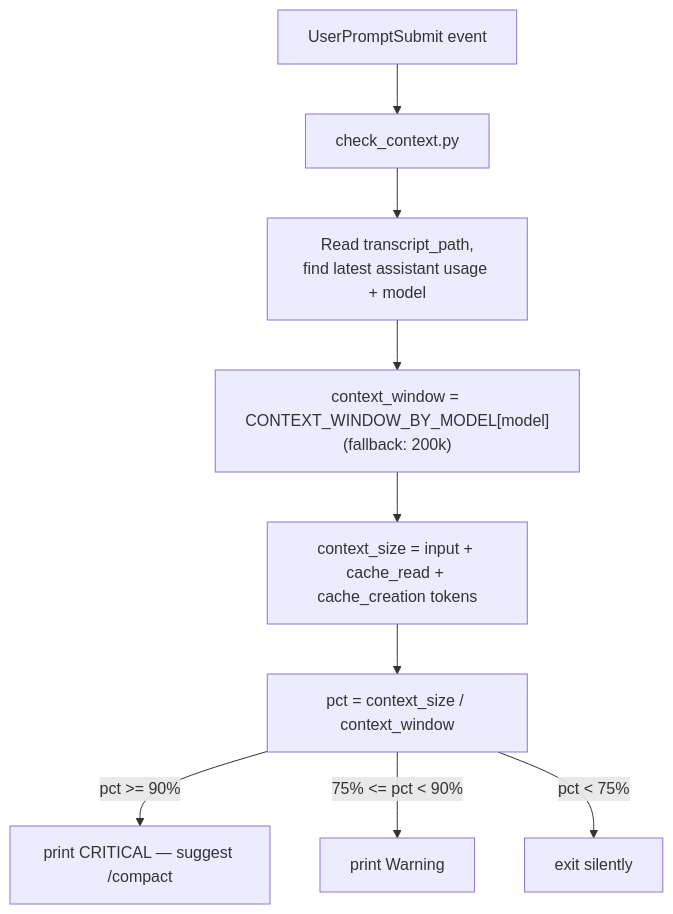
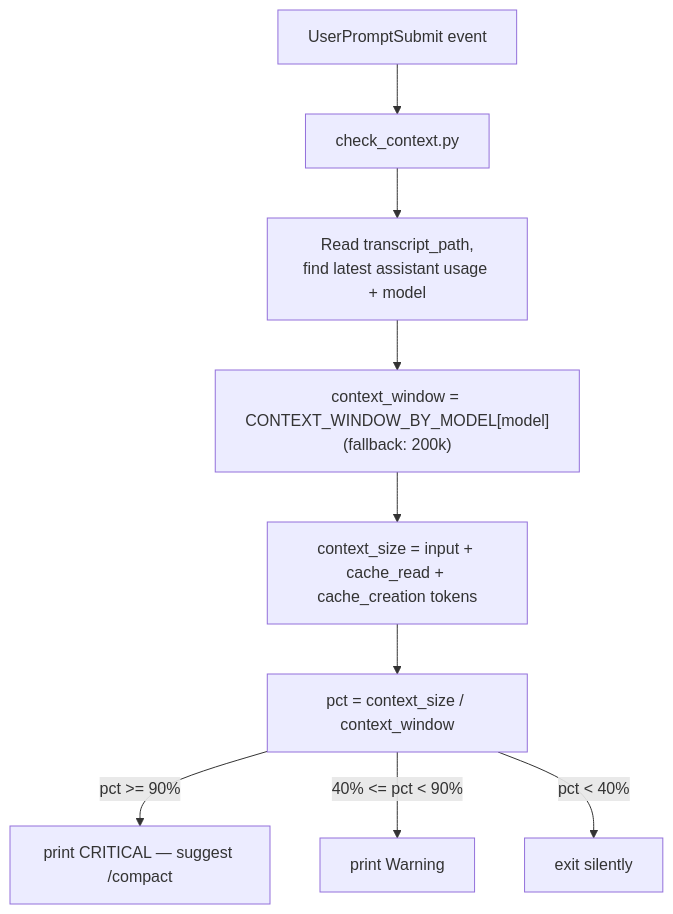
Before and after one commit to cieyhomelab/hooks: the diagram in context-window-check/README.md, drawn with Mermaid. The commit also changed other lines of this file, not shown here.

````diff
--- a/context-window-check/README.md
+++ b/context-window-check/README.md
@@ -35,11 +35,11 @@
 ```mermaid
 flowchart TD
     UPS[UserPromptSubmit event] --> CC[check_context.py]
     CC --> T1[Read transcript_path,\nfind latest assistant usage + model]
     T1 --> CW["context_window = CONTEXT_WINDOW_BY_MODEL[model]\n(fallback: 200k)"]
     CW --> CS1["context_size = input + cache_read + cache_creation tokens"]
     CS1 --> PCT["pct = context_size / context_window"]
     PCT -->|pct >= 90%| CRIT["print CRITICAL — suggest /compact"]
-    PCT -->|75% <= pct < 90%| WARN1["print Warning"]
-    PCT -->|pct < 75%| SILENT[exit silently]
+    PCT -->|40% <= pct < 90%| WARN1["print Warning"]
+    PCT -->|pct < 40%| SILENT[exit silently]
 ```
````
